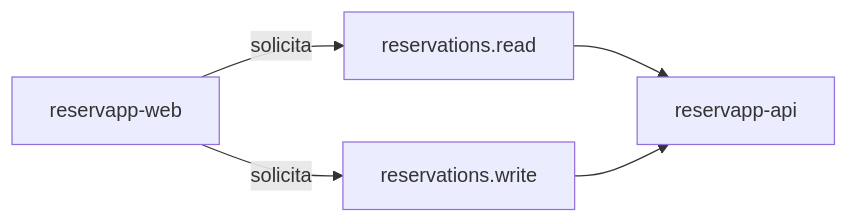
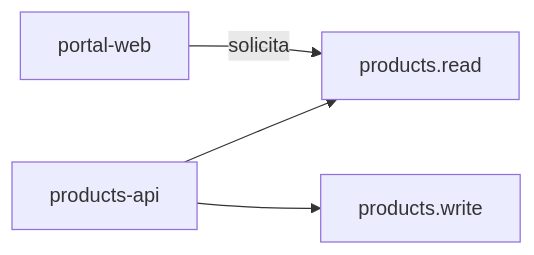
Before and after one commit to cmartinezs/DSY1107-DESARROLLO-CLOUD-NATIVE-I-2026-2: the fifth of 6 diagrams in semanas/semana-02/04-configurando-apps-idaas.md, drawn with Mermaid. The commit also changed other lines of this file, not shown here.

Commit message:
docs: fix app registration content and GitHub-safe Mermaid

````diff
--- a/semanas/semana-02/04-configurando-apps-idaas.md
+++ b/semanas/semana-02/04-configurando-apps-idaas.md
@@ -237,7 +151,6 @@
 ```mermaid
 flowchart LR
-    WEB[reservapp-web] -->|solicita| READ[reservations.read]
-    WEB -->|solicita| WRITE[reservations.write]
-    READ --> API[reservapp-api]
-    WRITE --> API
+    API["products-api"] --> READ["products.read"]
+    API --> WRITE["products.write"]
+    CLIENT["portal-web"] -->|"solicita"| READ
 ```
````
